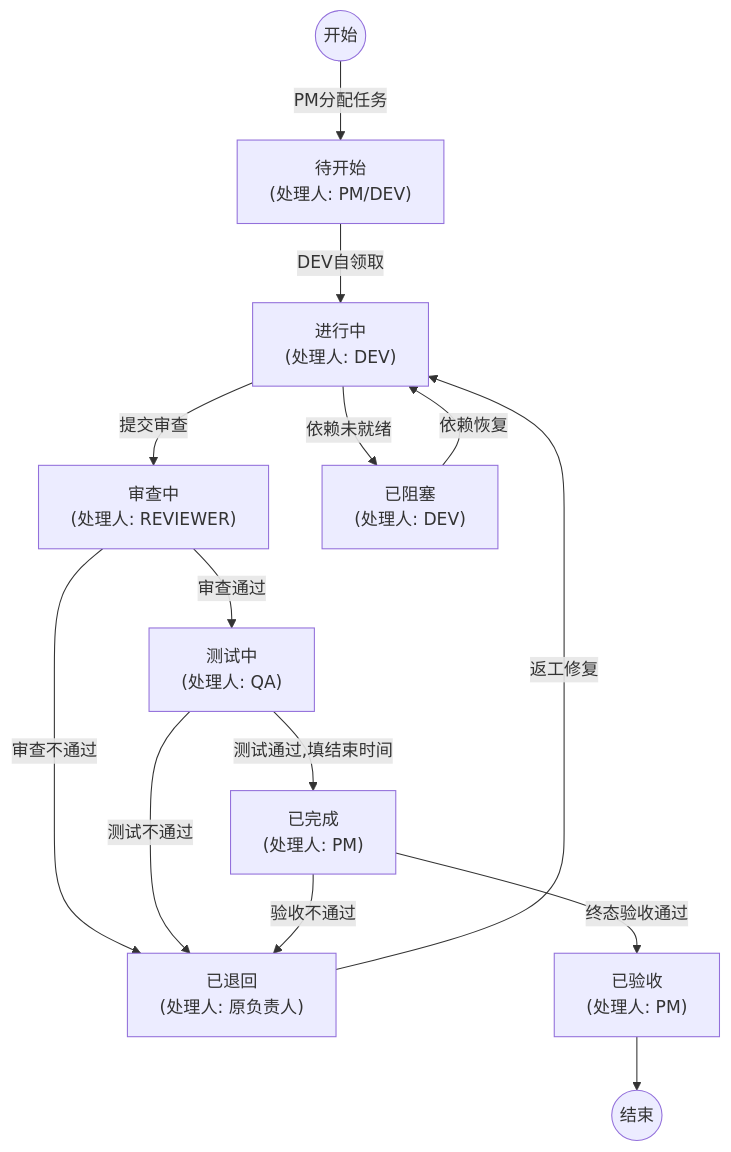
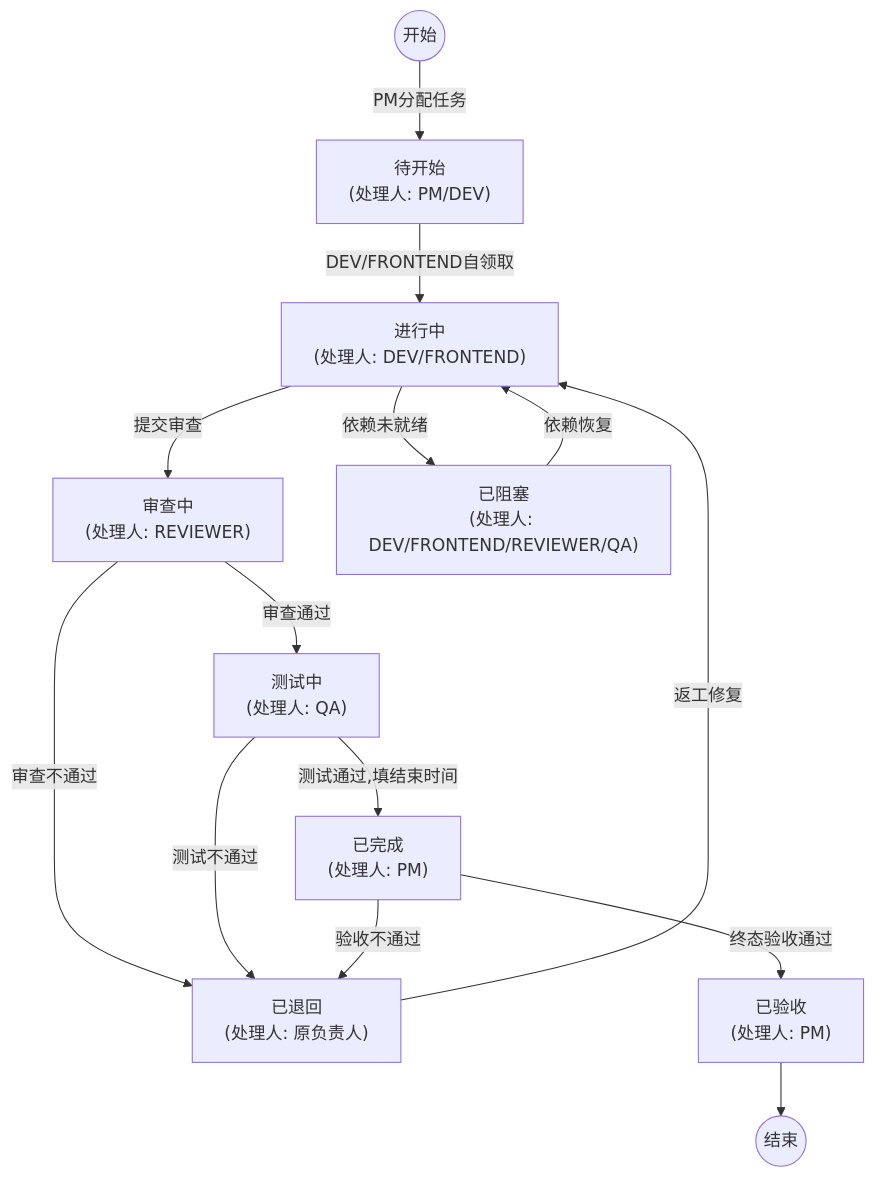
The diagram in README.md (YuanYii/multi-agent-flow), drawn with Mermaid before and after one commit. The commit also changed other lines of this file, not shown here.

````diff
--- a/README.md
+++ b/README.md
@@ -191,23 +216,23 @@
 ```mermaid
 graph TD
     Start((开始)) -->|PM分配任务| Todo["待开始<br/>(处理人: PM/DEV)"]
     
-    Todo -->|DEV自领取| InProgress["进行中<br/>(处理人: DEV)"]
+    Todo -->|DEV/FRONTEND自领取| InProgress["进行中<br/>(处理人: DEV/FRONTEND)"]
     
     InProgress -->|提交审查| InReview["审查中<br/>(处理人: REVIEWER)"]
-    InProgress -->|依赖未就绪| Blocked["已阻塞<br/>(处理人: DEV)"]
+    InProgress -->|依赖未就绪| Blocked["已阻塞<br/>(处理人: DEV/FRONTEND/REVIEWER/QA)"]
     Blocked -->|依赖恢复| InProgress
     
     InReview -->|审查通过| InTesting["测试中<br/>(处理人: QA)"]
     InReview -->|审查不通过| Rejected["已退回<br/>(处理人: 原负责人)"]
     
     InTesting -->|测试通过,填结束时间| Done["已完成<br/>(处理人: PM)"]
     InTesting -->|测试不通过| Rejected
     
     Rejected -->|返工修复| InProgress
     
     Done -->|终态验收通过| Accepted["已验收<br/>(处理人: PM)"]
     Done -->|验收不通过| Rejected
     
     Accepted --> End((结束))
 ```
````
